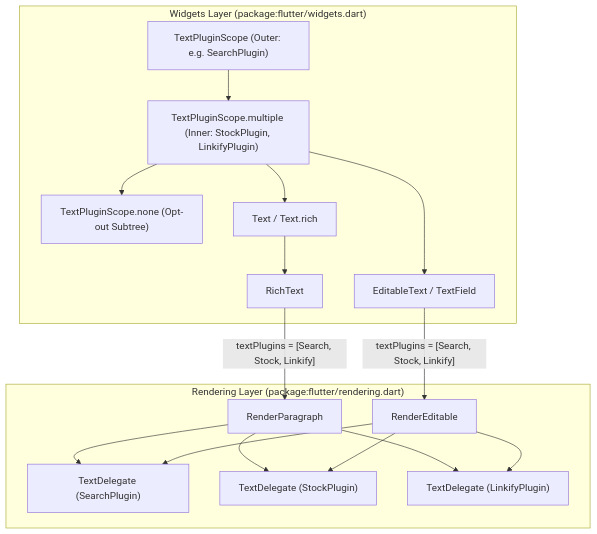
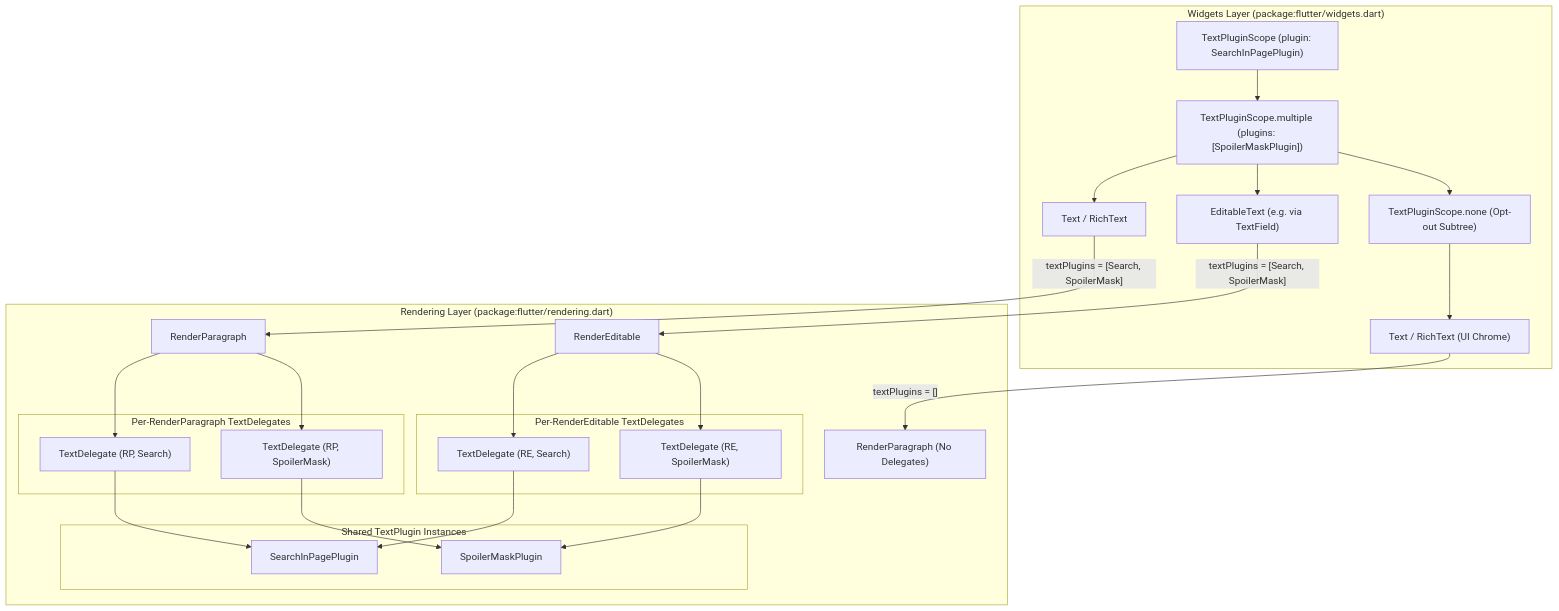
One commit to hannah-hyj/flutter changed the first of 3 diagrams in text_plugins_design_doc.md. Above: the diagram before and after it, drawn with Mermaid. The commit also changed other lines of this file and 5 other files, not shown here.

Commit message:
add _selectionHighlightPlugin, adjust mermaid

````diff
--- a/text_plugins_design_doc.md
+++ b/text_plugins_design_doc.md
@@ -225,33 +224,52 @@
 ```mermaid
 graph TD
     subgraph Widgets["Widgets Layer (package:flutter/widgets.dart)"]
-        ScopeOuter["TextPluginScope (Outer: e.g. SearchPlugin)"]
-        ScopeInner["TextPluginScope.multiple (Inner: StockPlugin, LinkifyPlugin)"]
+        ScopeOuter["TextPluginScope (plugin: SearchInPagePlugin)"]
+        ScopeInner["TextPluginScope.multiple (plugins: [SpoilerMaskPlugin])"]
         ScopeNone["TextPluginScope.none (Opt-out Subtree)"]
-        TextWidget["Text / Text.rich"]
-        RichTextWidget["RichText"]
-        EditableWidget["EditableText / TextField"]
+        TextWidget["Text / RichText"]
+        EditableWidget["EditableText (e.g. via TextField)"]
+        ExcludedText["Text / RichText (UI Chrome)"]
     end
 
     subgraph Rendering["Rendering Layer (package:flutter/rendering.dart)"]
         RP["RenderParagraph"]
         RE["RenderEditable"]
-        TD1["TextDelegate (SearchPlugin)"]
-        TD2["TextDelegate (StockPlugin)"]
-        TD3["TextDelegate (LinkifyPlugin)"]
+        RPNone["RenderParagraph (No Delegates)"]
+
+        subgraph RPDelegates["Per-RenderParagraph TextDelegates"]
+            RPTD1["TextDelegate (RP, Search)"]
+            RPTD2["TextDelegate (RP, SpoilerMask)"]
+        end
+
+        subgraph REDelegates["Per-RenderEditable TextDelegates"]
+            RETD1["TextDelegate (RE, Search)"]
+            RETD2["TextDelegate (RE, SpoilerMask)"]
+        end
+
+        subgraph Plugins["Shared TextPlugin Instances"]
+            P1["SearchInPagePlugin"]
+            P2["SpoilerMaskPlugin"]
+        end
     end
 
     ScopeOuter --> ScopeInner
     ScopeInner --> TextWidget
     ScopeInner --> EditableWidget
     ScopeInner --> ScopeNone
-    TextWidget --> RichTextWidget
-    RichTextWidget -->|"textPlugins = [Search, Stock, Linkify]"| RP
-    EditableWidget -->|"textPlugins = [Search, Stock, Linkify]"| RE
-    RP --> TD1
-    RE --> TD1
-    RP --> TD2
-    RE --> TD2
-    RP --> TD3
-    RE --> TD3
+    ScopeNone --> ExcludedText
+
+    TextWidget -->|"textPlugins = [Search, SpoilerMask]"| RP
+    EditableWidget -->|"textPlugins = [Search, SpoilerMask]"| RE
+    ExcludedText -->|"textPlugins = []"| RPNone
+
+    RP --> RPTD1
+    RP --> RPTD2
+    RE --> RETD1
+    RE --> RETD2
+
+    RPTD1 --> P1
+    RETD1 --> P1
+    RPTD2 --> P2
+    RETD2 --> P2
 ```
````
